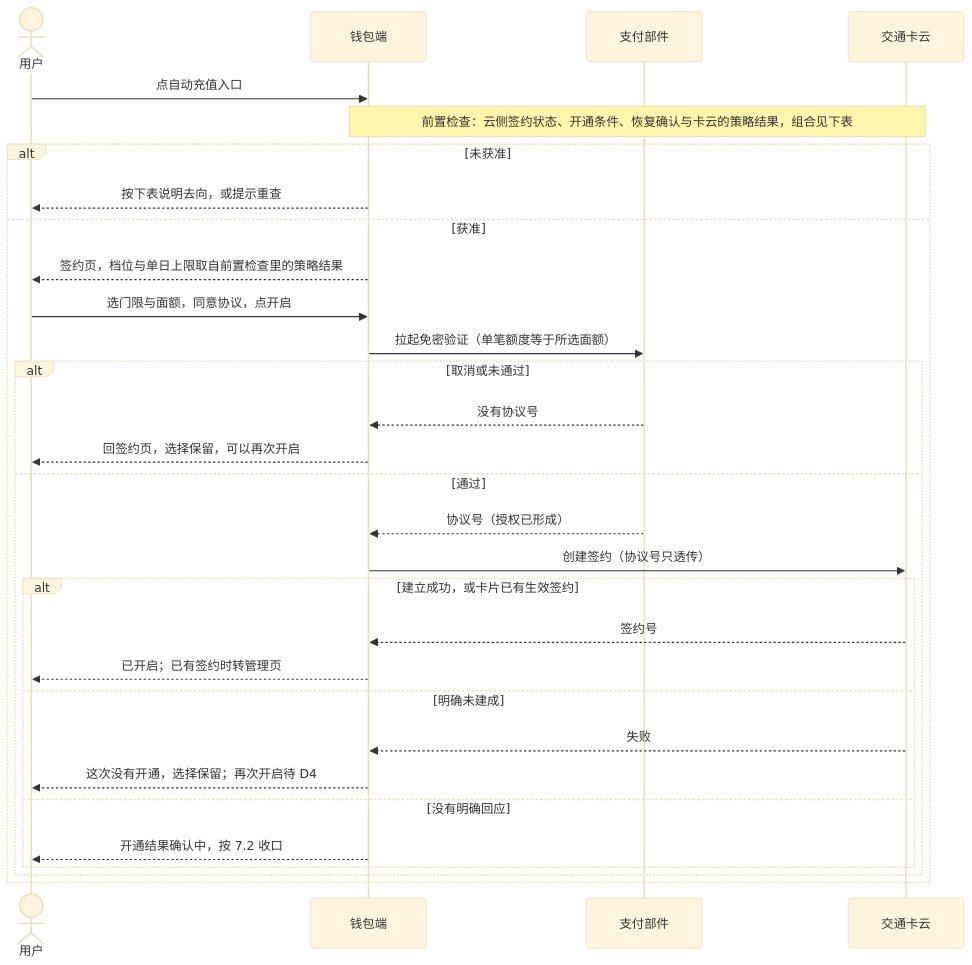
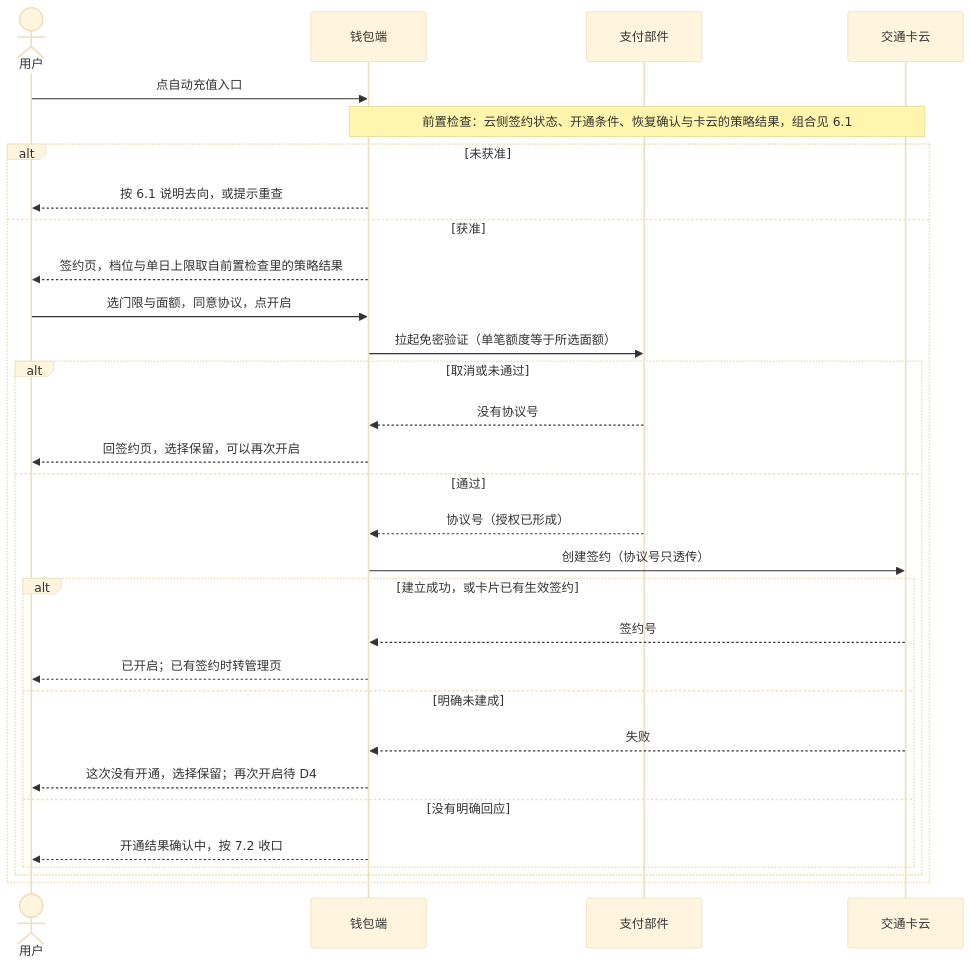
Before and after one commit to sqsqsq/SimulatedWalletForHmos: the first of 3 diagrams in doc/plan/1.9.9/金样候选/auto-topup/AR/story.md, drawn with Mermaid (base theme). The commit also changed other lines of this file and 15 other files, not shown here.

````diff
--- a/doc/plan/1.9.9/金样候选/auto-topup/AR/story.md
+++ b/doc/plan/1.9.9/金样候选/auto-topup/AR/story.md
@@ -131,34 +97,34 @@
 ```mermaid
 %% 图源 SR §1 #1
 %% 图源 spec §5.1 #1
 sequenceDiagram
   actor U as 用户
   participant W as 钱包端
   participant P as 支付部件
   participant C as 交通卡云
   U->>W: 点自动充值入口
-  Note over W,C: 前置检查：云侧签约状态、开通条件、恢复确认与卡云的策略结果，组合见下表
+  Note over W,C: 前置检查：云侧签约状态、开通条件、恢复确认与卡云的策略结果，组合见 6.1
   alt 未获准
-    W-->>U: 按下表说明去向，或提示重查
+    W-->>U: 按 6.1 说明去向，或提示重查
   else 获准
     W-->>U: 签约页，档位与单日上限取自前置检查里的策略结果
     U->>W: 选门限与面额，同意协议，点开启
     W->>P: 拉起免密验证（单笔额度等于所选面额）
     alt 取消或未通过
       P-->>W: 没有协议号
       W-->>U: 回签约页，选择保留，可以再次开启
     else 通过
       P-->>W: 协议号（授权已形成）
       W->>C: 创建签约（协议号只透传）
       alt 建立成功，或卡片已有生效签约
         C-->>W: 签约号
         W-->>U: 已开启；已有签约时转管理页
       else 明确未建成
         C-->>W: 失败
         W-->>U: 这次没有开通，选择保留；再次开启待 D4
       else 没有明确回应
         W-->>U: 开通结果确认中，按 7.2 收口
       end
     end
   end
 ```
````
